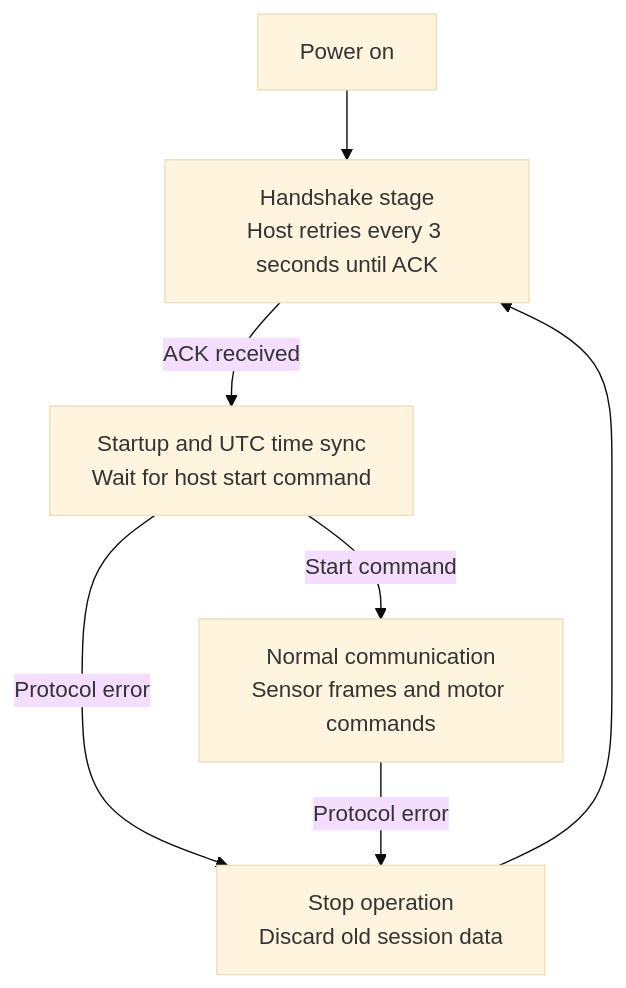
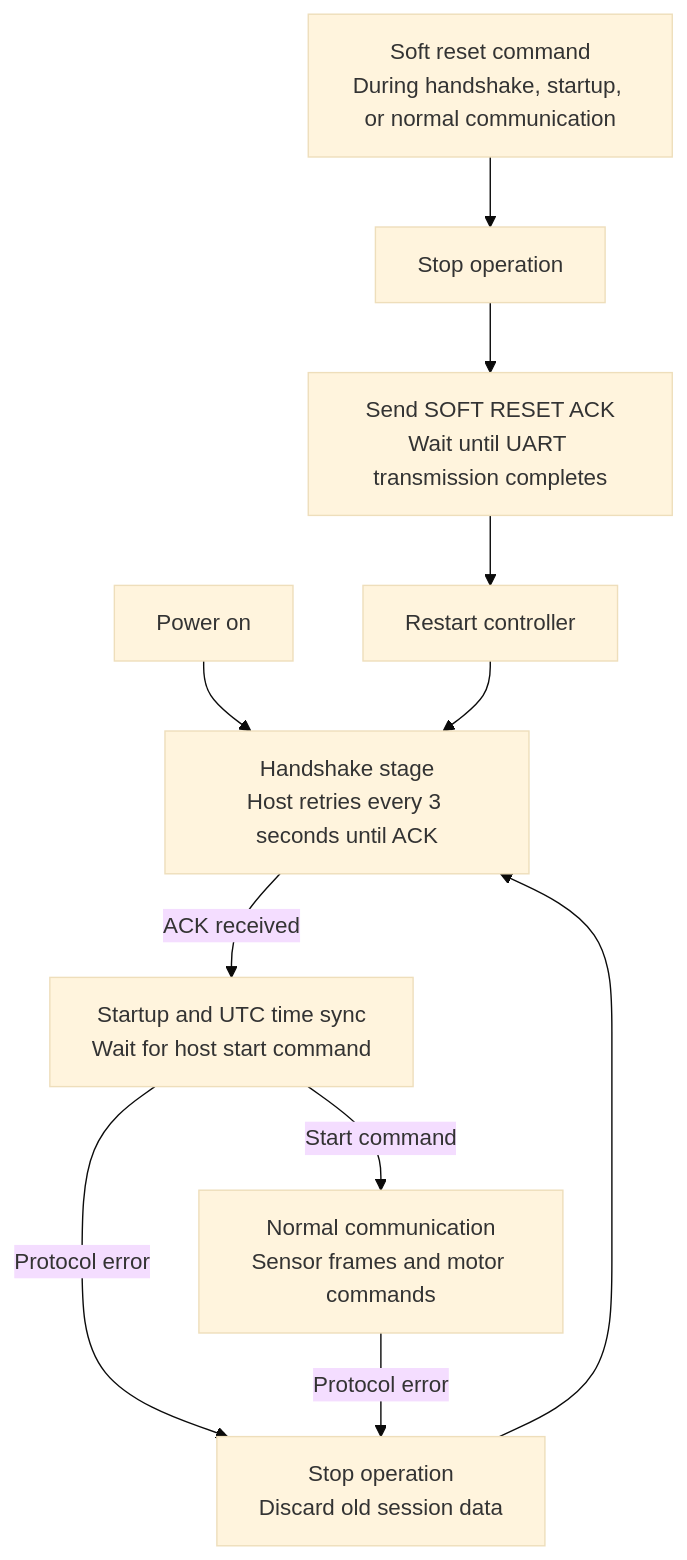
Before and after one commit to kei185/sensor-echo: the first of 6 diagrams in docs/protocol.md, drawn with Mermaid (base theme). The commit also changed other lines of this file and 1 other file, not shown here.

Commit message:
[codex] docs: add motor ACK and soft reset protocol

````diff
--- a/docs/protocol.md
+++ b/docs/protocol.md
@@ -14,9 +14,13 @@
 ```mermaid
 flowchart TD
     power["Power on"] --> handshake["Handshake stage<br/>Host retries every 3 seconds until ACK"]
     handshake -- ACK received --> setup["Startup and UTC time sync<br/>Wait for host start command"]
     setup -- Start command --> active["Normal communication<br/>Sensor frames and motor commands"]
     setup -- Protocol error --> recover["Stop operation<br/>Discard old session data"]
     active -- Protocol error --> recover
     recover --> handshake
+    reset["Soft reset command<br/>During handshake, startup, or normal communication"] --> stop["Stop operation"]
+    stop --> reset_ack["Send SOFT RESET ACK<br/>Wait until UART transmission completes"]
+    reset_ack --> restart["Restart controller"]
+    restart --> handshake
 ```
````
